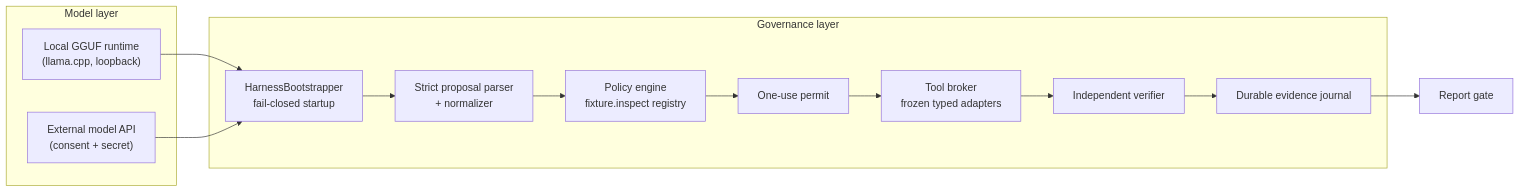
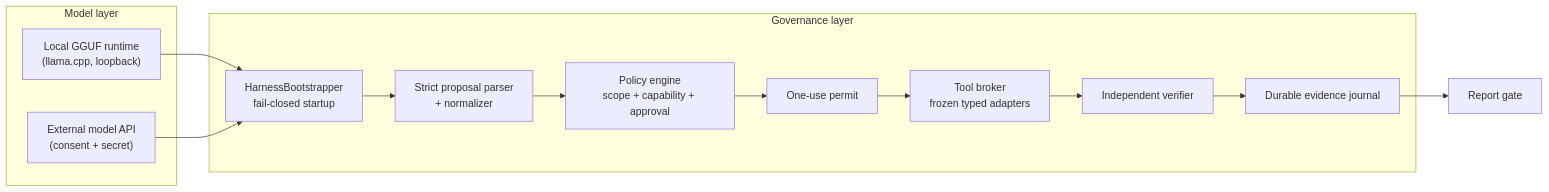
The diagram in README.md (AnonymousNomad/cyber-sop-harness), drawn with Mermaid before and after one commit. The commit also changed other lines of this file, not shown here.

Commit message:
docs: clarify policy and CLI reference

````diff
--- a/README.md
+++ b/README.md
@@ -81,21 +81,21 @@
 ```mermaid
 flowchart LR
     subgraph Model["Model layer"]
         LOCAL["Local GGUF runtime<br/>(llama.cpp, loopback)"]
         API["External model API<br/>(consent + secret)"]
     end
     subgraph Control["Governance layer"]
         BOOT["HarnessBootstrapper<br/>fail-closed startup"]
         PARSE["Strict proposal parser<br/>+ normalizer"]
-        POLICY["Policy engine<br/>fixture.inspect registry"]
+        POLICY["Policy engine<br/>scope + capability + approval"]
         PERMIT["One-use permit"]
         BROKER["Tool broker<br/>frozen typed adapters"]
         VERIFY["Independent verifier"]
         JOURNAL["Durable evidence journal"]
     end
     LOCAL --> BOOT
     API --> BOOT
     BOOT --> PARSE --> POLICY --> PERMIT --> BROKER
     BROKER --> VERIFY --> JOURNAL
     JOURNAL --> REPORT["Report gate"]
 ```
````
